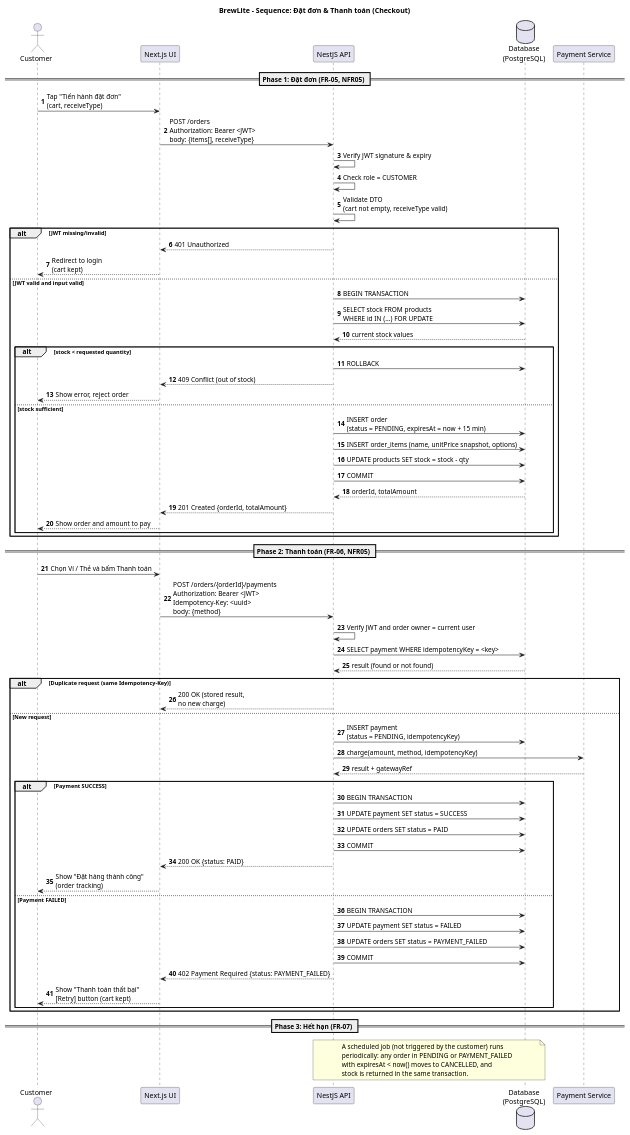
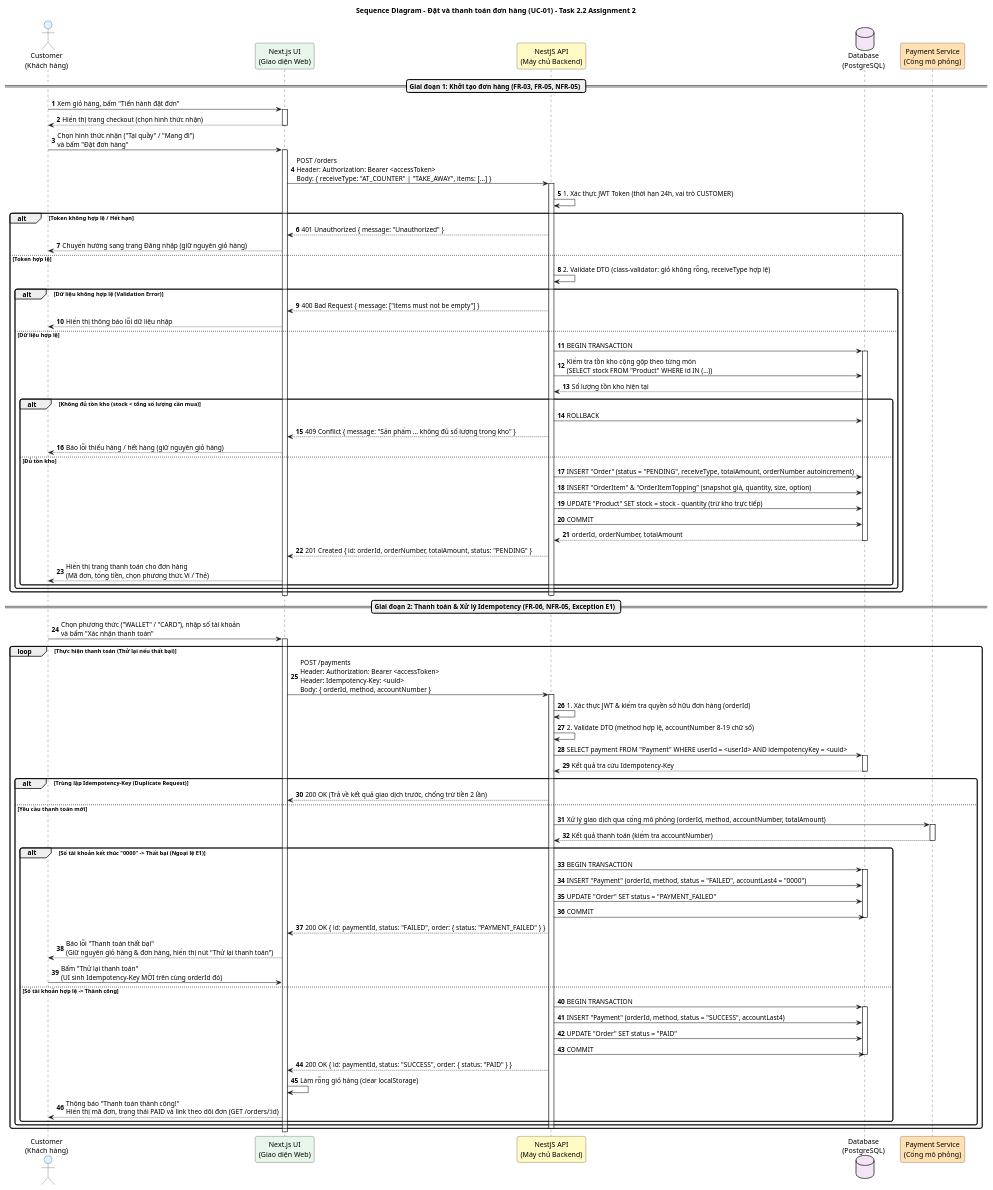
One commit to Thori2724/BrewLite-CNPM-nh-m-12 changed the diagram in docs/diagrams/sequencediagram.puml. Above: the diagram before and after it, drawn with PlantUML. The commit also changed 19 other files, not shown here.

Commit message:
chore: merge some-diagram-and-SRS vao feature/frontend

```diff
--- a/docs/diagrams/sequencediagram.puml
+++ b/docs/diagrams/sequencediagram.puml
@@ -1,85 +1,116 @@
 @startuml sequence-checkout
-title BrewLite – Sequence: Đặt đơn & Thanh toán (Checkout)
+title Sequence Diagram - Đặt và thanh toán đơn hàng (UC-01) - Task 2.2 Assignment 2
 autonumber
+skinparam shadowing false
+skinparam roundcorner 8
+skinparam participantPadding 15
+skinparam boxPadding 10
 
-actor "Customer" as C
-participant "Next.js UI" as UI
-participant "NestJS API" as API
-database "Database\n(PostgreSQL)" as DB
-participant "Payment Service" as PAY
+actor "Customer\n(Khách hàng)" as C #E3F2FD
+participant "Next.js UI\n(Giao diện Web)" as UI #E8F5E9
+participant "NestJS API\n(Máy chủ Backend)" as API #FFF9C4
+database "Database\n(PostgreSQL)" as DB #F3E5F5
+participant "Payment Service\n(Cổng mô phỏng)" as PAY #FFE0B2
 
-== Phase 1: Đặt đơn (FR-05, NFR05) ==
+== Giai đoạn 1: Khởi tạo đơn hàng (FR-03, FR-05, NFR-05) ==
 
-C -> UI : Tap "Tiến hành đặt đơn"\n(cart, receiveType)
-UI -> API : POST /orders\nAuthorization: Bearer <JWT>\nbody: {items[], receiveType}
+C -> UI : Xem giỏ hàng, bấm "Tiến hành đặt đơn"
+activate UI
+UI --> C : Hiển thị trang checkout (chọn hình thức nhận)
+deactivate UI
 
-API -> API : Verify JWT signature & expiry
-API -> API : Check role = CUSTOMER
-API -> API : Validate DTO\n(cart not empty, receiveType valid)
+C -> UI : Chọn hình thức nhận ("Tại quầy" / "Mang đi")\nvà bấm "Đặt đơn hàng"
+activate UI
+UI -> API : POST /orders\nHeader: Authorization: Bearer <accessToken>\nBody: { receiveType: "AT_COUNTER" | "TAKE_AWAY", items: [...] }
+activate API
 
-alt JWT missing/invalid
-  API --> UI : 401 Unauthorized
-  UI --> C : Redirect to login\n(cart kept)
-else JWT valid and input valid
-  API -> DB : BEGIN TRANSACTION
-  API -> DB : SELECT stock FROM products\nWHERE id IN (...) FOR UPDATE
-  DB --> API : current stock values
+API -> API : 1. Xác thực JWT Token (thời hạn 24h, vai trò CUSTOMER)
+alt Token không hợp lệ / Hết hạn
+  API --> UI : 401 Unauthorized { message: "Unauthorized" }
+  UI --> C : Chuyển hướng sang trang Đăng nhập (giữ nguyên giỏ hàng)
+else Token hợp lệ
+  API -> API : 2. Validate DTO (class-validator: giỏ không rỗng, receiveType hợp lệ)
+  alt Dữ liệu không hợp lệ (Validation Error)
+    API --> UI : 400 Bad Request { message: ["items must not be empty"] }
+    UI --> C : Hiển thị thông báo lỗi dữ liệu nhập
+  else Dữ liệu hợp lệ
+    API -> DB : BEGIN TRANSACTION
+    activate DB
+    API -> DB : Kiểm tra tồn kho cộng gộp theo từng món\n(SELECT stock FROM "Product" WHERE id IN (...))
+    DB --> API : Số lượng tồn kho hiện tại
 
-  alt stock < requested quantity
-    API -> DB : ROLLBACK
-    API --> UI : 409 Conflict (out of stock)
-    UI --> C : Show error, reject order
-  else stock sufficient
-    API -> DB : INSERT order\n(status = PENDING, expiresAt = now + 15 min)
-    API -> DB : INSERT order_items (name, unitPrice snapshot, options)
-    API -> DB : UPDATE products SET stock = stock - qty
-    API -> DB : COMMIT
-    DB --> API : orderId, totalAmount
-    API --> UI : 201 Created {orderId, totalAmount}
-    UI --> C : Show order and amount to pay
+    alt Không đủ tồn kho (stock < tổng số lượng cần mua)
+      API -> DB : ROLLBACK
+      API --> UI : 409 Conflict { message: "Sản phẩm ... không đủ số lượng trong kho" }
+      UI --> C : Báo lỗi thiếu hàng / hết hàng (giữ nguyên giỏ hàng)
+    else Đủ tồn kho
+      API -> DB : INSERT "Order" (status = "PENDING", receiveType, totalAmount, orderNumber autoincrement)
+      API -> DB : INSERT "OrderItem" & "OrderItemTopping" (snapshot giá, quantity, size, option)
+      API -> DB : UPDATE "Product" SET stock = stock - quantity (trừ kho trực tiếp)
+      API -> DB : COMMIT
+      DB --> API : orderId, orderNumber, totalAmount
+      deactivate DB
+
+      API --> UI : 201 Created { id: orderId, orderNumber, totalAmount, status: "PENDING" }
+      UI --> C : Hiển thị trang thanh toán cho đơn hàng\n(Mã đơn, tổng tiền, chọn phương thức Ví / Thẻ)
+    end
   end
 end
+deactivate API
+deactivate UI
 
-== Phase 2: Thanh toán (FR-06, NFR05) ==
+== Giai đoạn 2: Thanh toán & Xử lý Idempotency (FR-06, NFR-05, Exception E1) ==
 
-C -> UI : Chọn Ví / Thẻ và bấm Thanh toán
-UI -> API : POST /orders/{orderId}/payments\nAuthorization: Bearer <JWT>\nIdempotency-Key: <uuid>\nbody: {method}
+C -> UI : Chọn phương thức ("WALLET" / "CARD"), nhập số tài khoản\nvà bấm "Xác nhận thanh toán"
+activate UI
 
-API -> API : Verify JWT and order owner = current user
-API -> DB : SELECT payment WHERE idempotencyKey = <key>
-DB --> API : result (found or not found)
+loop Thực hiện thanh toán (Thử lại nếu thất bại)
+  UI -> API : POST /payments\nHeader: Authorization: Bearer <accessToken>\nHeader: Idempotency-Key: <uuid>\nBody: { orderId, method, accountNumber }
+  activate API
 
-alt Duplicate request (same Idempotency-Key)
-  API --> UI : 200 OK (stored result,\nno new charge)
-else New request
-  API -> DB : INSERT payment\n(status = PENDING, idempotencyKey)
-  API -> PAY : charge(amount, method, idempotencyKey)
-  PAY --> API : result + gatewayRef
+  API -> API : 1. Xác thực JWT & kiểm tra quyền sở hữu đơn hàng (orderId)
+  API -> API : 2. Validate DTO (method hợp lệ, accountNumber 8-19 chữ số)
+  
+  API -> DB : SELECT payment FROM "Payment" WHERE userId = <userId> AND idempotencyKey = <uuid>
+  activate DB
+  DB --> API : Kết quả tra cứu Idempotency-Key
+  deactivate DB
 
-  alt Payment SUCCESS
-    API -> DB : BEGIN TRANSACTION
-    API -> DB : UPDATE payment SET status = SUCCESS
-    API -> DB : UPDATE orders SET status = PAID
-    API -> DB : COMMIT
-    API --> UI : 200 OK {status: PAID}
-    UI --> C : Show "Đặt hàng thành công"\n(order tracking)
-  else Payment FAILED
-    API -> DB : BEGIN TRANSACTION
-    API -> DB : UPDATE payment SET status = FAILED
-    API -> DB : UPDATE orders SET status = PAYMENT_FAILED
-    API -> DB : COMMIT
-    API --> UI : 402 Payment Required {status: PAYMENT_FAILED}
-    UI --> C : Show "Thanh toán thất bại"\n[Retry] button (cart kept)
+  alt Trùng lặp Idempotency-Key (Duplicate Request)
+    API --> UI : 200 OK (Trả về kết quả giao dịch trước, chống trừ tiền 2 lần)
+  else Yêu cầu thanh toán mới
+    API -> PAY : Xử lý giao dịch qua cổng mô phỏng (orderId, method, accountNumber, totalAmount)
+    activate PAY
+    PAY --> API : Kết quả thanh toán (kiểm tra accountNumber)
+    deactivate PAY
+
+    alt Số tài khoản kết thúc "0000" -> Thất bại (Ngoại lệ E1)
+      API -> DB : BEGIN TRANSACTION
+      activate DB
+      API -> DB : INSERT "Payment" (orderId, method, status = "FAILED", accountLast4 = "0000")
+      API -> DB : UPDATE "Order" SET status = "PAYMENT_FAILED"
+      API -> DB : COMMIT
+      deactivate DB
+
+      API --> UI : 200 OK { id: paymentId, status: "FAILED", order: { status: "PAYMENT_FAILED" } }
+      UI --> C : Báo lỗi "Thanh toán thất bại"\n(Giữ nguyên giỏ hàng & đơn hàng, hiển thị nút "Thử lại thanh toán")
+      
+      C -> UI : Bấm "Thử lại thanh toán"\n(UI sinh Idempotency-Key MỚI trên cùng orderId đó)
+    else Số tài khoản hợp lệ -> Thành công
+      API -> DB : BEGIN TRANSACTION
+      activate DB
+      API -> DB : INSERT "Payment" (orderId, method, status = "SUCCESS", accountLast4)
+      API -> DB : UPDATE "Order" SET status = "PAID"
+      API -> DB : COMMIT
+      deactivate DB
+
+      API --> UI : 200 OK { id: paymentId, status: "SUCCESS", order: { status: "PAID" } }
+      UI -> UI : Làm rỗng giỏ hàng (clear localStorage)
+      UI --> C : Thông báo "Thanh toán thành công!"\nHiển thị mã đơn, trạng thái PAID và link theo dõi đơn (GET /orders/:id)
+    end
   end
+  deactivate API
 end
-
-== Phase 3: Hết hạn (FR-07) ==
-
-note over API, DB
-  A scheduled job (not triggered by the customer) runs
-  periodically: any order in PENDING or PAYMENT_FAILED
-  with expiresAt < now() moves to CANCELLED, and
-  stock is returned in the same transaction.
-end note
+deactivate UI
 
 @enduml
```
